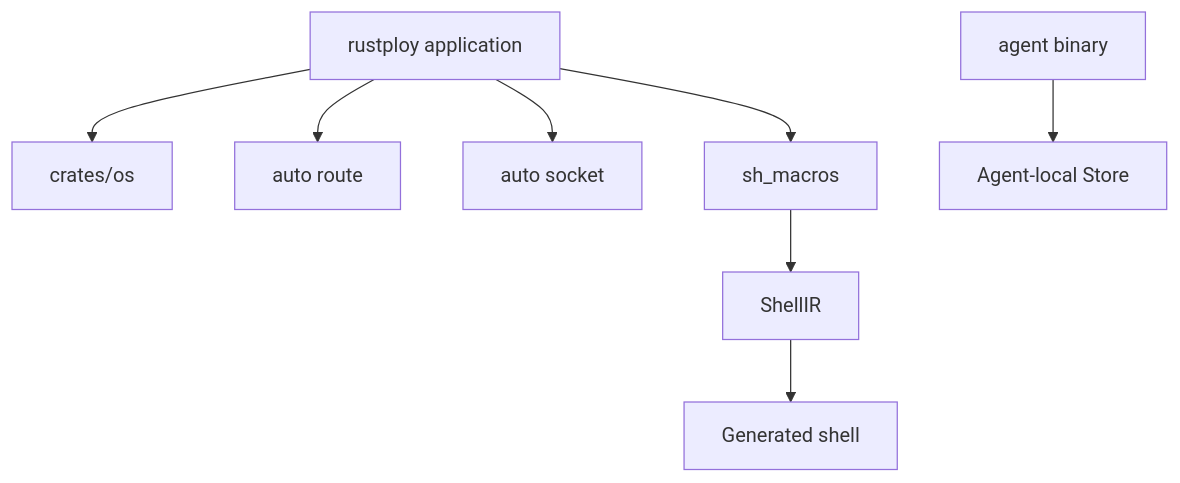
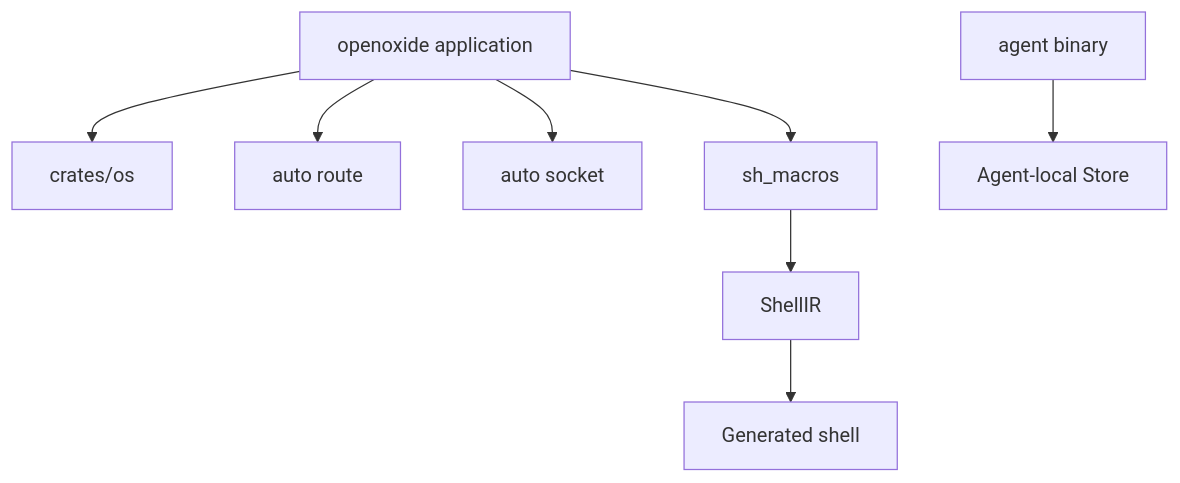
One commit to ananddub/openoxide changed the diagram in docs/crates_and_macros.md. Above: the diagram before and after it, drawn with Mermaid. The commit also changed other lines of this file and 471 other files, not shown here.

````diff
--- a/docs/crates_and_macros.md
+++ b/docs/crates_and_macros.md
@@ -14,10 +14,10 @@
 ```mermaid
 flowchart TD
-  APP[rustploy application] --> OS[crates/os]
+  APP[openoxide application] --> OS[crates/os]
   APP --> ROUTE[auto route]
   APP --> SOCKET[auto socket]
   APP --> SH[sh_macros]
   SH --> IR[ShellIR]
   IR --> SCRIPT[Generated shell]
   AGENT[agent binary] --> STORE[Agent-local Store]
 ```
````
